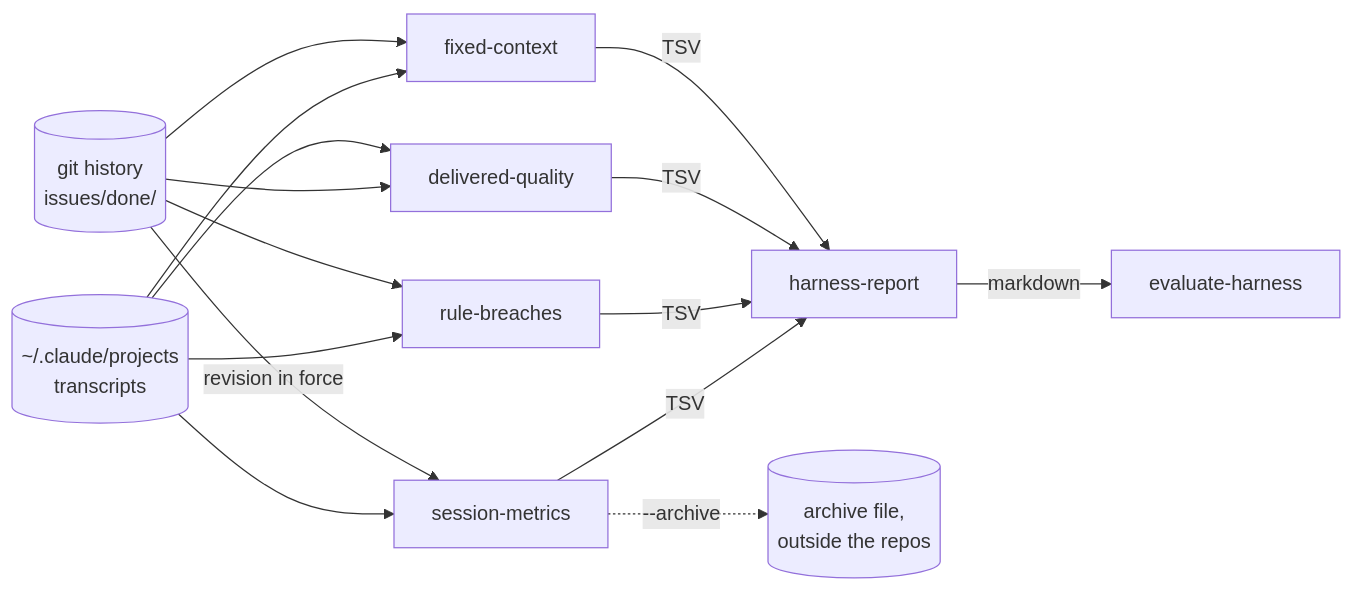
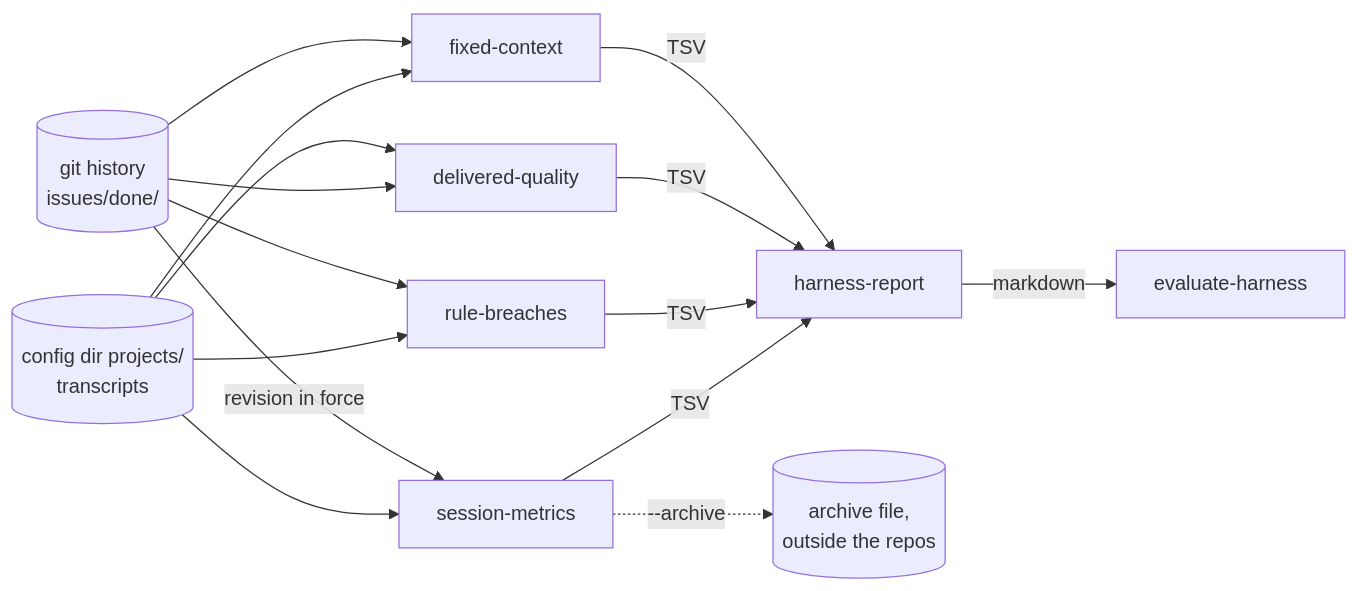
The fourth of 4 diagrams in docs/architecture.md (Electron-libre/agent-harness), drawn with Mermaid before and after one commit. The commit also changed other lines of this file and 14 other files, not shown here.

````diff
--- a/docs/architecture.md
+++ b/docs/architecture.md
@@ -201,17 +201,17 @@
 ```mermaid
 flowchart LR
-  transcripts[("~/.claude/projects<br/>transcripts")] --> metrics["session-metrics"]
+  transcripts[("config dir projects/<br/>transcripts")] --> metrics["session-metrics"]
   transcripts --> breaches["rule-breaches"]
   transcripts --> context["fixed-context"]
   git[("git history<br/>issues/done/")] --> quality["delivered-quality"]
   transcripts --> quality
   git -->|revision in force| metrics
   git --> breaches
   git --> context
   metrics -->|TSV| report["harness-report"]
   breaches -->|TSV| report
   quality -->|TSV| report
   context -->|TSV| report
   metrics -.->|"--archive"| archive[("archive file,<br/>outside the repos")]
   report -->|markdown| skill["evaluate-harness"]
 ```
````
